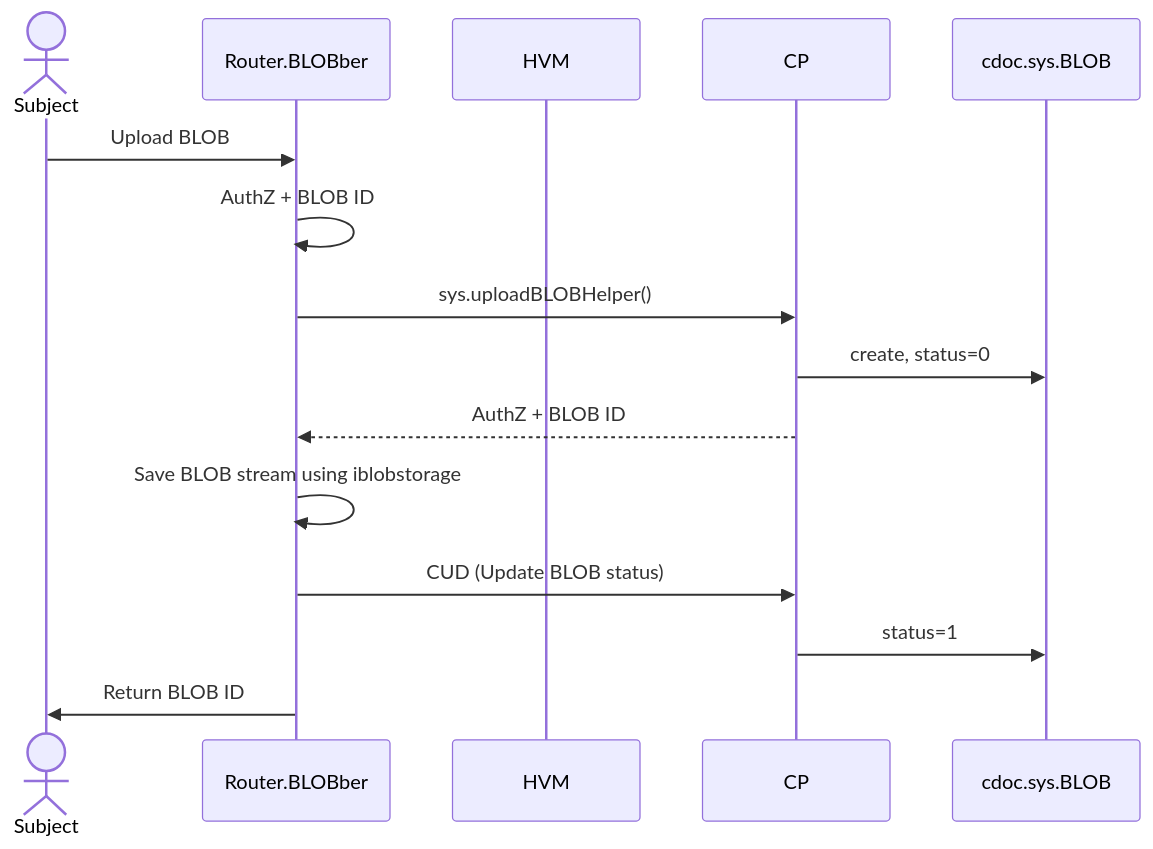
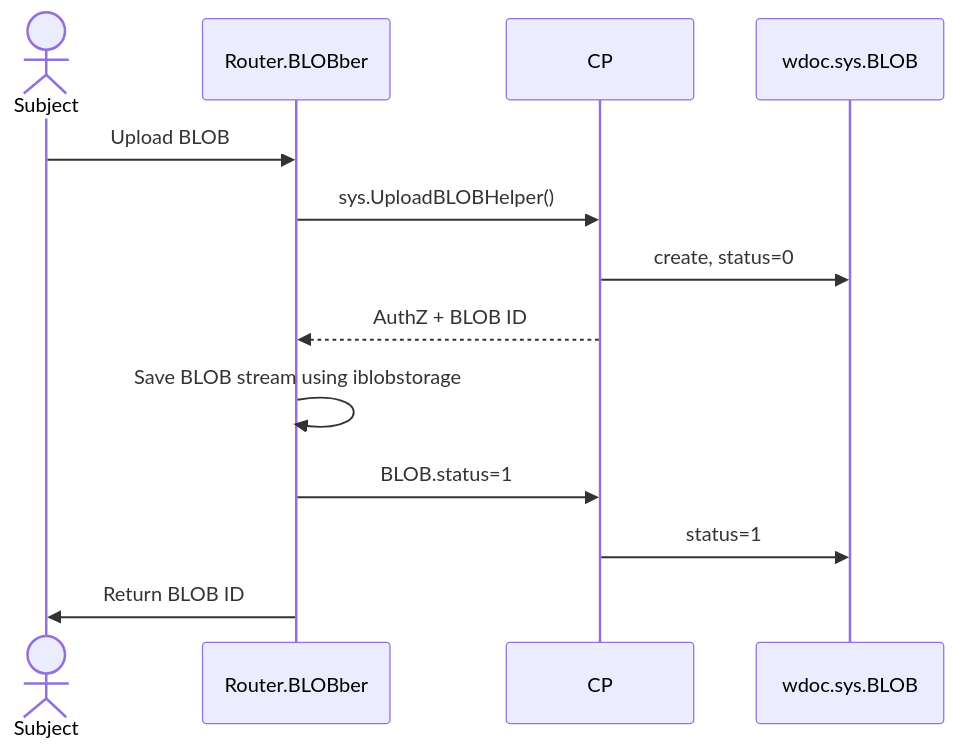
One commit to voedger/voedger-internals changed the first of 2 diagrams in server/blobs.md. Above: the diagram before and after it, drawn with Mermaid. The commit also changed other lines of this file, not shown here.

Commit message:
Refactor BLOBs documentation: update sequence diagrams and improve clarity

````diff
--- a/server/blobs.md
+++ b/server/blobs.md
@@ -5,18 +10,16 @@
 ```mermaid
 sequenceDiagram
     actor Subject
     participant BLOBber as Router.BLOBber
-    participant HVM
     participant cp as CP
-    participant cdocBLOB as cdoc.sys.BLOB
+    participant cdocBLOB as wdoc.sys.BLOB
 
     Subject ->> BLOBber: Upload BLOB
-    BLOBber ->> BLOBber: AuthZ + BLOB ID
-    BLOBber ->> cp: sys.uploadBLOBHelper()
+    BLOBber ->> cp: sys.UploadBLOBHelper()
     cp ->> cdocBLOB: create, status=0
     cp -->> BLOBber: AuthZ + BLOB ID
     BLOBber ->> BLOBber: Save BLOB stream using iblobstorage
-    BLOBber ->> cp: CUD (Update BLOB status)
+    BLOBber ->> cp: BLOB.status=1
     cp ->> cdocBLOB: status=1
     BLOBber ->> Subject: Return BLOB ID
 ```
````
